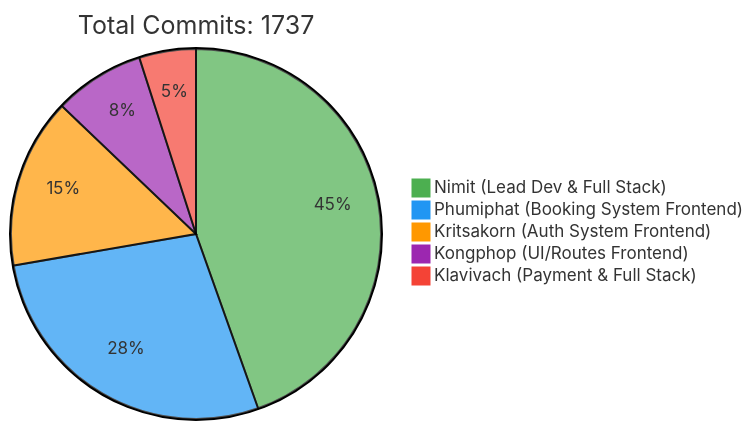
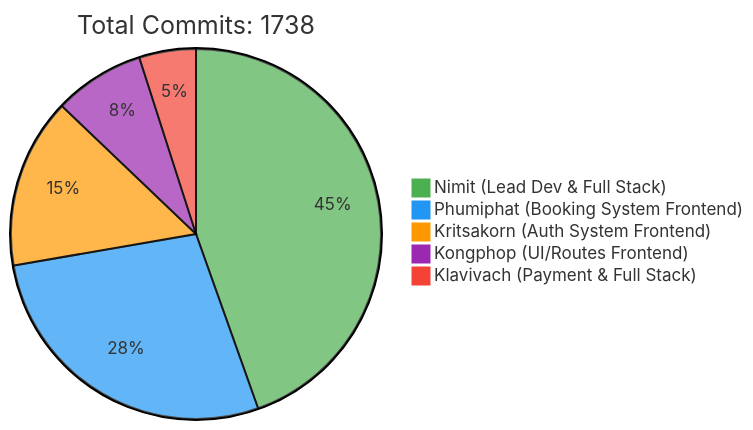
The first of 2 diagrams in README.md (6531503042/Sport-Complex), drawn with Mermaid before and after one commit. The commit also changed other lines of this file, not shown here.

Commit message:
docs: Update contributor statistics [skip ci]

````diff
--- a/README.md
+++ b/README.md
@@ -257,10 +257,10 @@
 ```mermaid
 %%{init: {'theme': 'base', 'themeVariables': { 'pie1': '#4CAF50', 'pie2': '#2196F3', 'pie3': '#FF9800', 'pie4': '#9C27B0', 'pie5': '#F44336'}}}%%
 pie
-    title Total Commits: 1737
+    title Total Commits: 1738
     "Nimit (Lead Dev & Full Stack)" : 450
     "Phumiphat (Booking System Frontend)" : 280
     "Kritsakorn (Auth System Frontend)" : 150
     "Kongphop (UI/Routes Frontend)" : 80
     "Klavivach (Payment & Full Stack)" : 50
 ```
````
